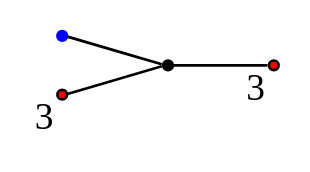
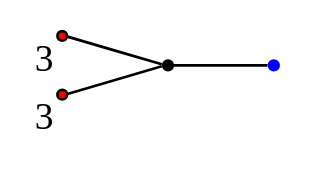
One commit to vendramin/subgroups changed the diagram in graph/modSL2_index4_2.dot. Above: the diagram before and after it, drawn with Graphviz. The commit also changed 67 other files, not shown here.

```diff
--- a/graph/modSL2_index4_2.dot
+++ b/graph/modSL2_index4_2.dot
@@ -1,12 +1,12 @@
 graph diagram {
 node [shape=point,color=black];
 rankdir = LR;
 subgraph subdiagram {
 1;
 }
-{2,3} -- 1;
-1 -- 4;
+{3,4} -- 1;
+1 -- 2;
 2 [color=blue];
 3 [fillcolor=red,xlabel=3];
 4 [fillcolor=red,xlabel=3];
 }
```
